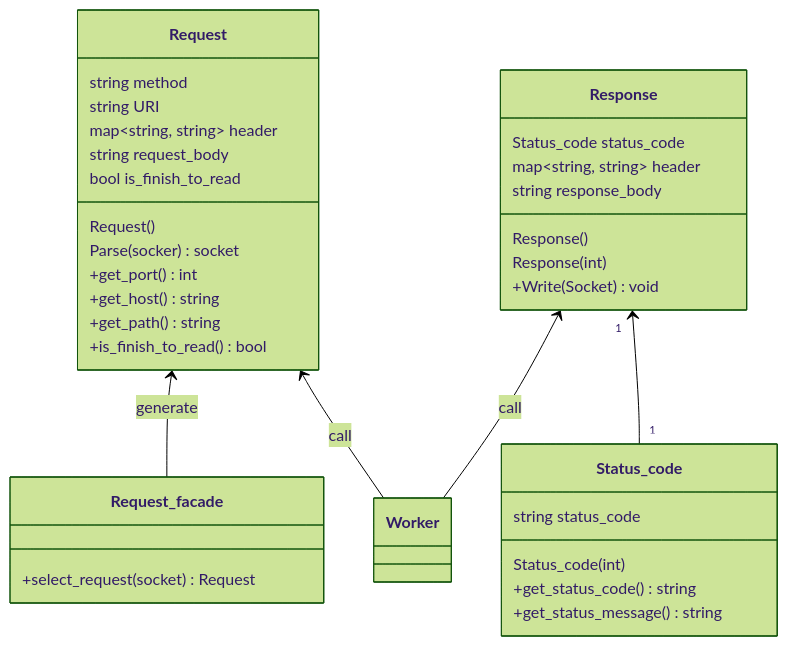
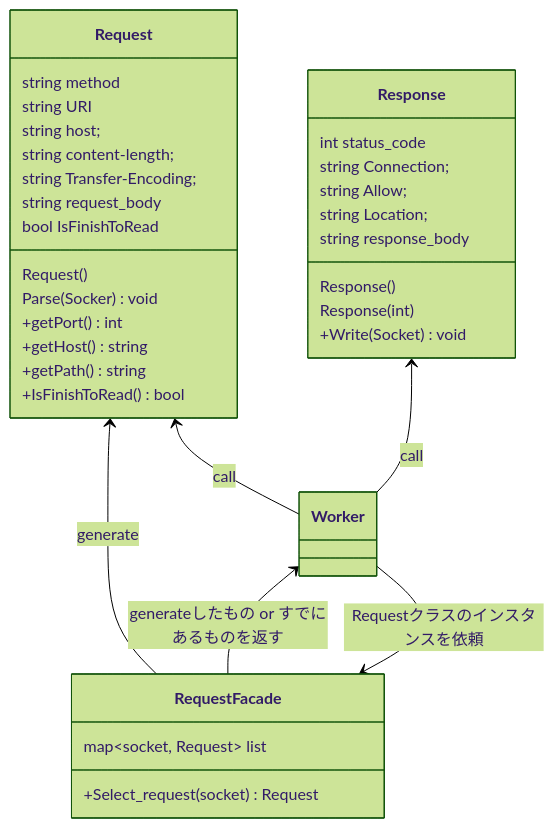
The diagram in docs/class/http_class.md (katataku/webserv), drawn with Mermaid (forest theme) before and after one commit. The commit also changed other lines of this file, not shown here.

````diff
--- a/docs/class/http_class.md
+++ b/docs/class/http_class.md
@@ -1,49 +1,46 @@
 ```mermaid
 classDiagram
-
-   class Request_facade{
-        +select_request(socket) Request
+   class RequestFacade{
+        map~socket, Request~ list
+        +Select_request(socket) Request
     }
-
 
    class Request{
         string method
         string URI
-        map~string, string~ header
+        string host;
+        string content-length;
+        string Transfer-Encoding;
         string request_body
-        bool is_finish_to_read
+        bool IsFinishToRead
         
         Request()
-        Parse(socker) socket
-        +get_port() int
-        +get_host() string
-        +get_path() string
-        +is_finish_to_read() bool
+        Parse(Socker) void
+        +getPort() int
+        +getHost() string
+        +getPath() string
+        +IsFinishToRead() bool
     }
 
     class Response{
-        Status_code status_code
-        map~string, string~ header
+        int status_code
+        string Connection;
+        string Allow;
+        string Location;
 
         Response()
         Response(int)
         string response_body
         +Write(Socket) void
     }
 
-    class Status_code{
-        string status_code
 
-        Status_code(int)
-        +get_status_code() string
-        +get_status_message() string
-    }
+Request <-- RequestFacade : generate
 
-Request <-- Request_facade : generate
+Worker <-- RequestFacade : generateしたもの or すでにあるものを返す
+Worker --> RequestFacade : Requestクラスのインスタンスを依頼
+
 
 Request  <--  Worker :call
 Response  <--  Worker :call
-
-
-Response "1" <-- "1" Status_code
 ```
````
